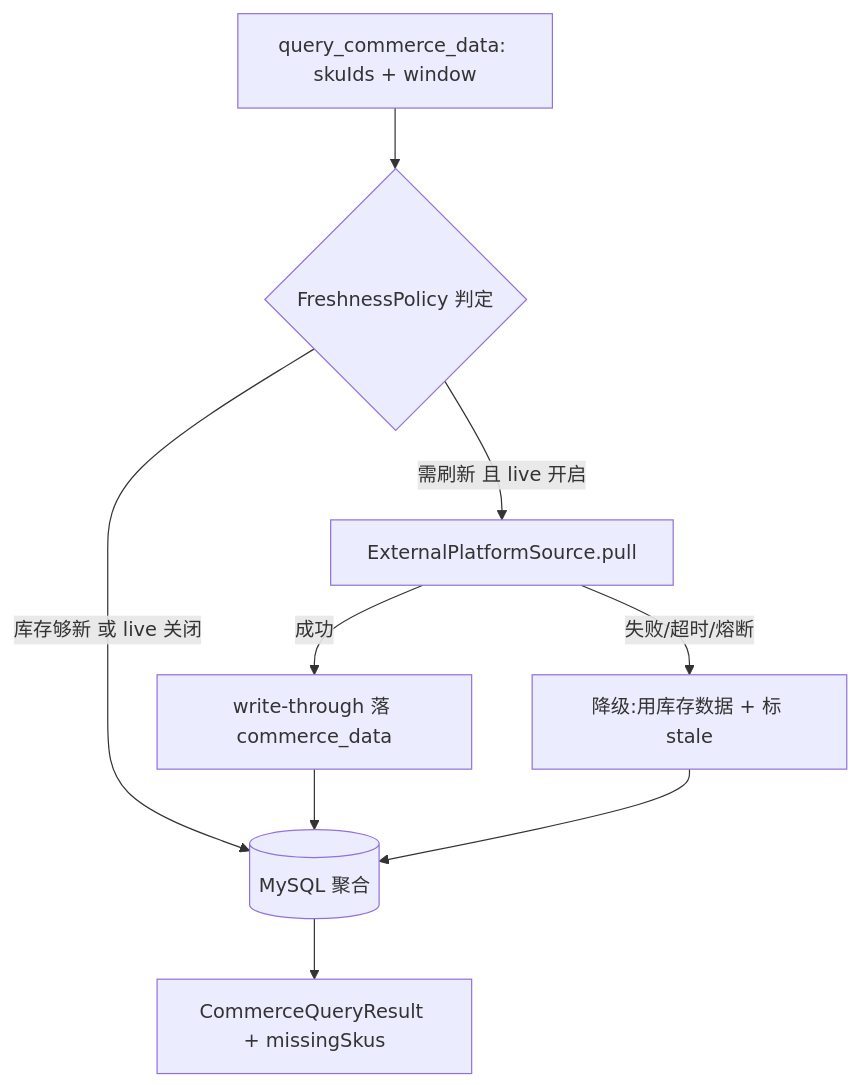
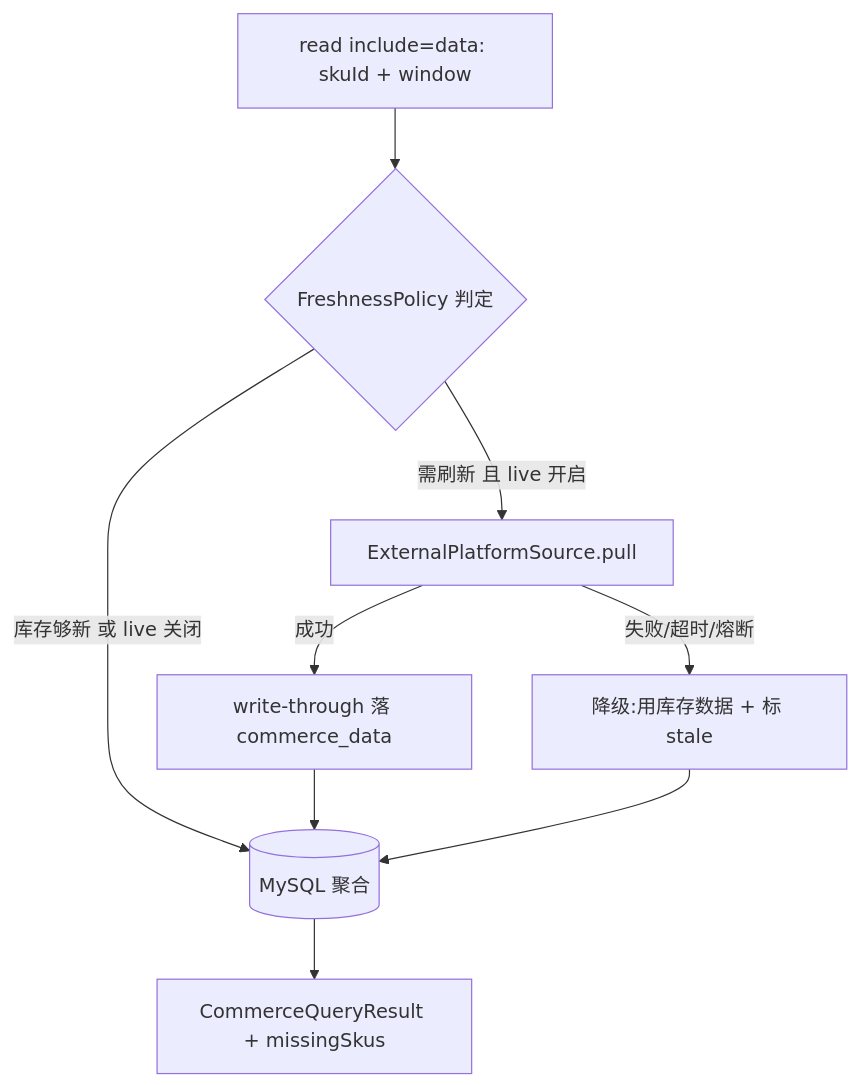
The diagram in docs/design-docs/module/commerce.md (EtherealStar/PixFlow), drawn with Mermaid before and after one commit. The commit also changed other lines of this file and 23 other files, not shown here.

Commit message:
docs: update architecture, module designs, and archive completed plans

````diff
--- a/docs/design-docs/module/commerce.md
+++ b/docs/design-docs/module/commerce.md
@@ -238,11 +238,11 @@
 ```mermaid
 flowchart TD
-    Q[query_commerce_data: skuIds + window] --> F{FreshnessPolicy 判定}
+    Q[read include=data: skuId + window] --> F{FreshnessPolicy 判定}
     F -->|库存够新 或 live 关闭| DB[(MySQL 聚合)]
     F -->|需刷新 且 live 开启| Pull[ExternalPlatformSource.pull]
     Pull -->|成功| WT[write-through 落 commerce_data]
     WT --> DB
     Pull -->|失败/超时/熔断| Deg[降级:用库存数据 + 标 stale]
     Deg --> DB
     DB --> R[CommerceQueryResult + missingSkus]
 ```
````
